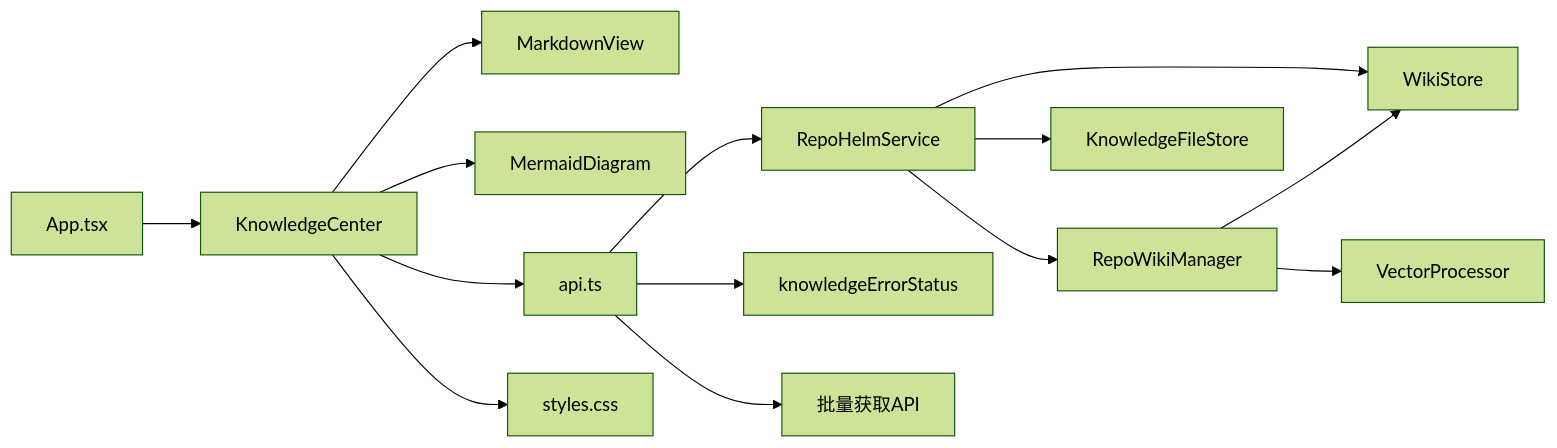
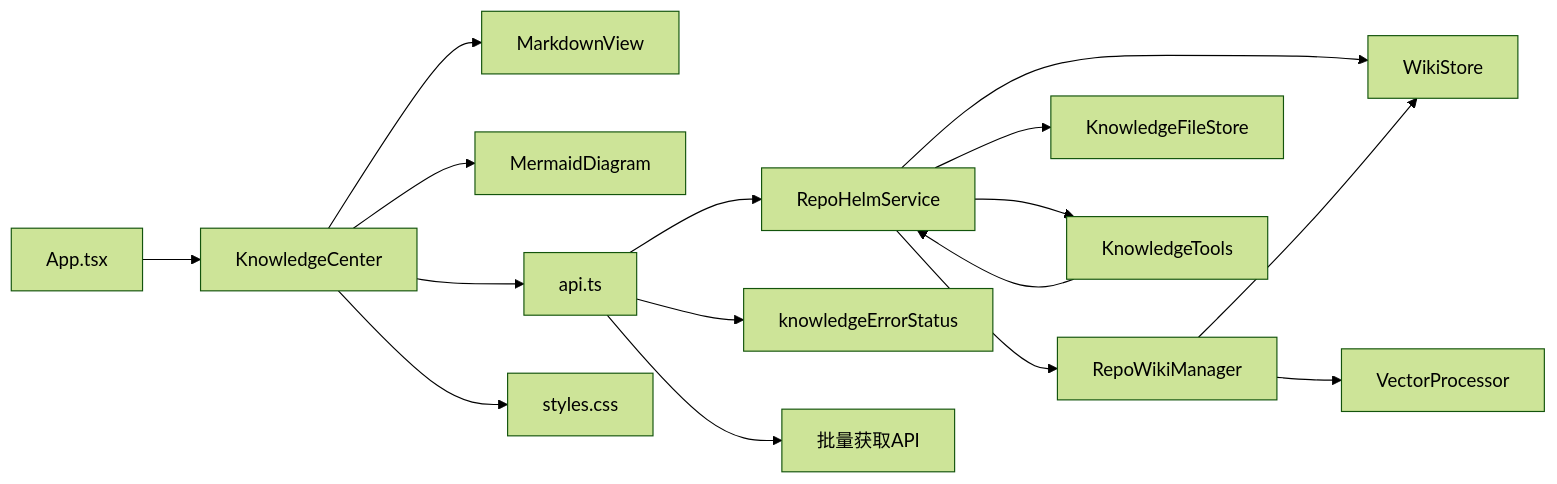
One commit to coconilu/RepoHelm changed the eighth of 8 diagrams in .qoder/repowiki/zh/content/知识库系统.md. Above: the diagram before and after it, drawn with Mermaid (forest theme). The commit also changed other lines of this file and 12 other files, not shown here.

````diff
--- a/.qoder/repowiki/zh/content/知识库系统.md
+++ b/.qoder/repowiki/zh/content/知识库系统.md
@@ -659,16 +728,18 @@
 ```mermaid
 graph LR
 KC["KnowledgeCenter"] --> MV["MarkdownView"]
 KC --> MD["MermaidDiagram"]
 KC --> API["api.ts"]
 KC --> CSS["styles.css"]
 APP["App.tsx"] --> KC
 Service["RepoHelmService"] --> RW["RepoWikiManager"]
 Service --> WS["WikiStore"]
 Service --> KF["KnowledgeFileStore"]
+Service --> KT["KnowledgeTools"]
 RW --> WS
 RW --> VP["VectorProcessor"]
 API --> Service
 API --> ErrorHandler["knowledgeErrorStatus"]
 API --> BatchAPI["批量获取API"]
+KT --> Service
 ```
````
